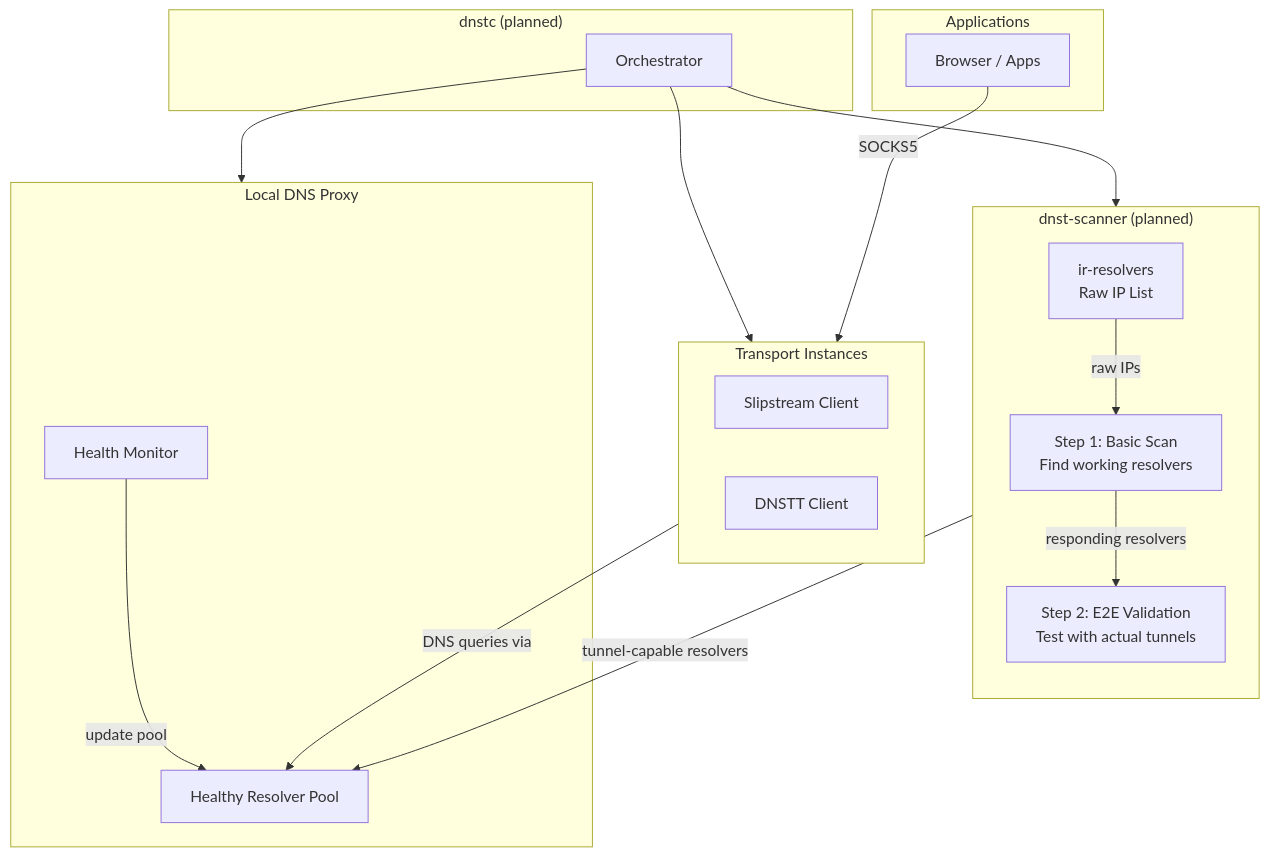
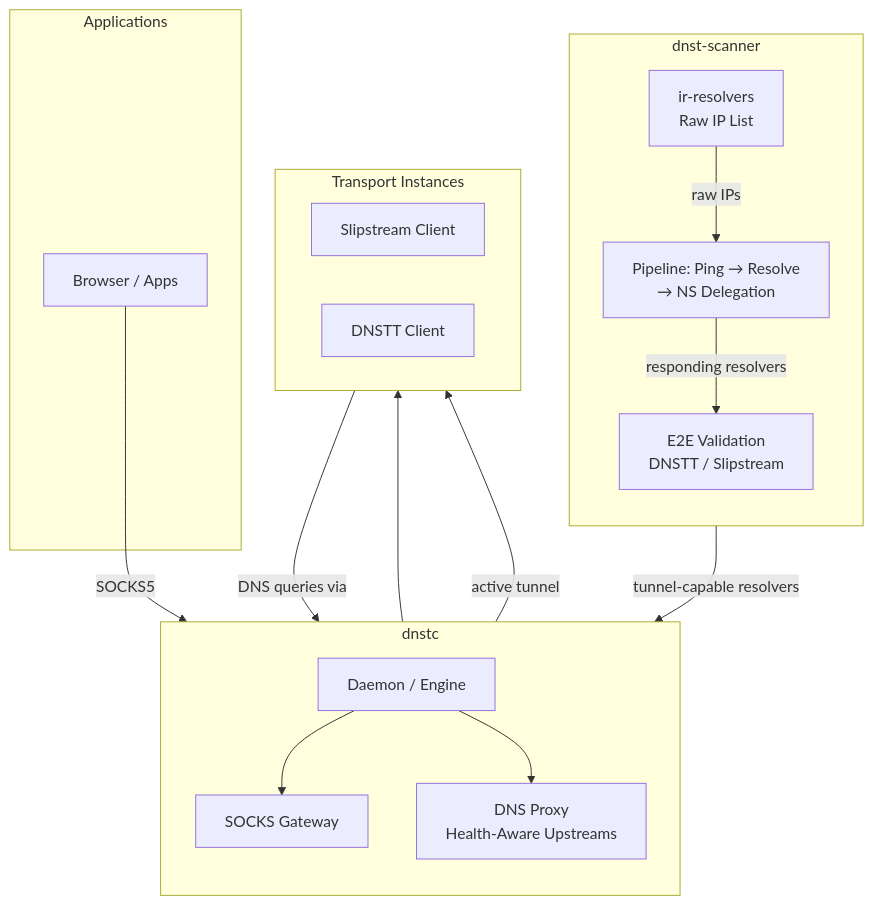
Before and after one commit to net2share/.github: the second of 3 diagrams in profile/README.md, drawn with Mermaid. The commit also changed other lines of this file, not shown here.

````diff
--- a/profile/README.md
+++ b/profile/README.md
@@ -190,37 +190,35 @@
 ```mermaid
 flowchart TB
-    subgraph scanner["dnst-scanner (planned)"]
+    subgraph scanner["dnst-scanner"]
         direction TB
         A[ir-resolvers<br/>Raw IP List]
-        S1[Step 1: Basic Scan<br/>Find working resolvers]
-        S2[Step 2: E2E Validation<br/>Test with actual tunnels]
+        S1[Pipeline: Ping → Resolve<br/>→ NS Delegation]
+        S2[E2E Validation<br/>DNSTT / Slipstream]
     end
 
-    subgraph dns_proxy["Local DNS Proxy"]
-        D[Healthy Resolver Pool]
-        MON[Health Monitor]
-    end
-
-    subgraph client["dnstc (planned)"]
-        E[Orchestrator]
+    subgraph client["dnstc"]
+        direction TB
+        E[Daemon / Engine]
+        GW[SOCKS Gateway]
+        DP[DNS Proxy<br/>Health-Aware Upstreams]
     end
 
     subgraph transports["Transport Instances"]
         T1[Slipstream Client]
         T2[DNSTT Client]
     end
 
     subgraph apps["Applications"]
         I[Browser / Apps]
     end
 
     A -->|raw IPs| S1
     S1 -->|responding resolvers| S2
-    S2 -->|tunnel-capable resolvers| D
-    MON -->|update pool| D
-    E --> scanner
-    E --> dns_proxy
+    S2 -->|tunnel-capable resolvers| DP
+    E --> GW
+    E --> DP
     E --> transports
-    I -->|SOCKS5| transports
-    transports -->|DNS queries via| D
+    I -->|SOCKS5| GW
+    GW -->|active tunnel| transports
+    transports -->|DNS queries via| DP
 ```
````
